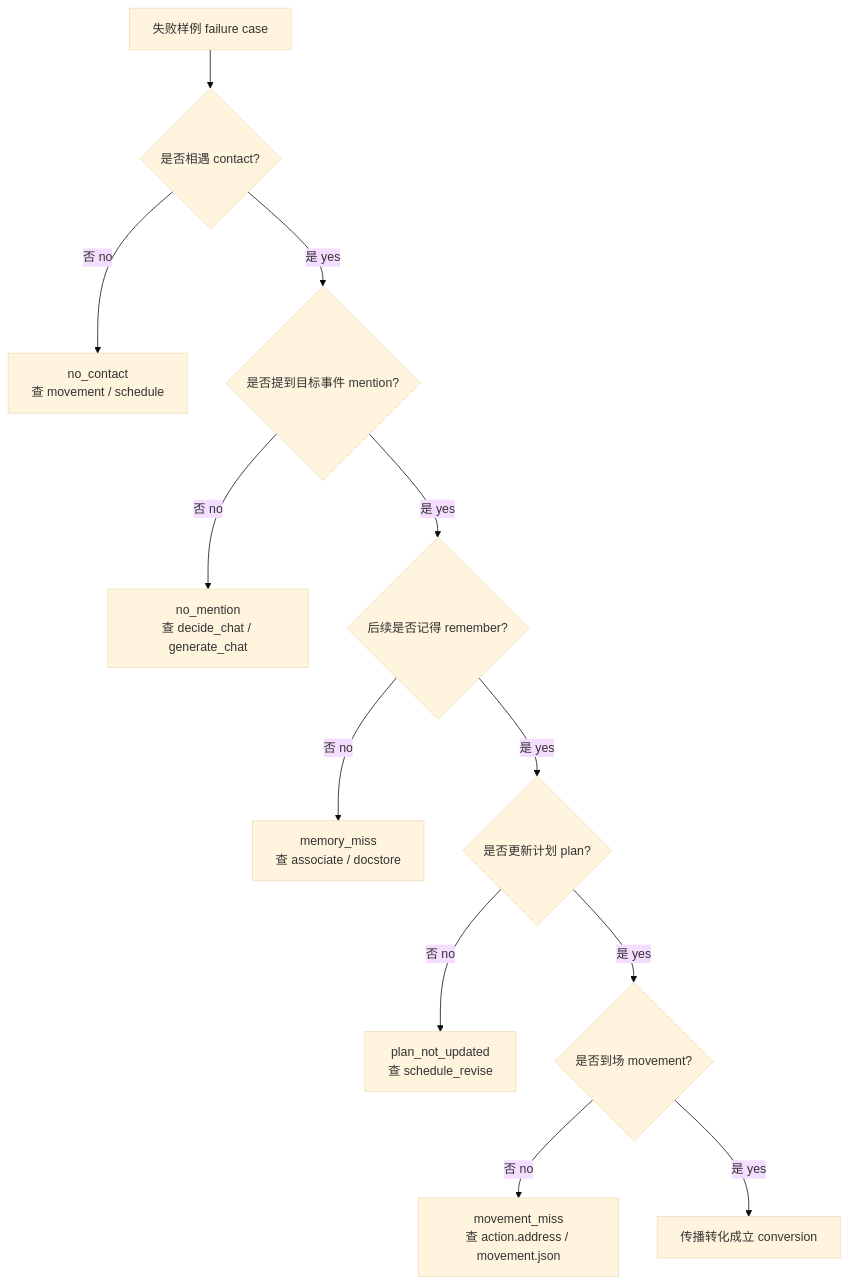
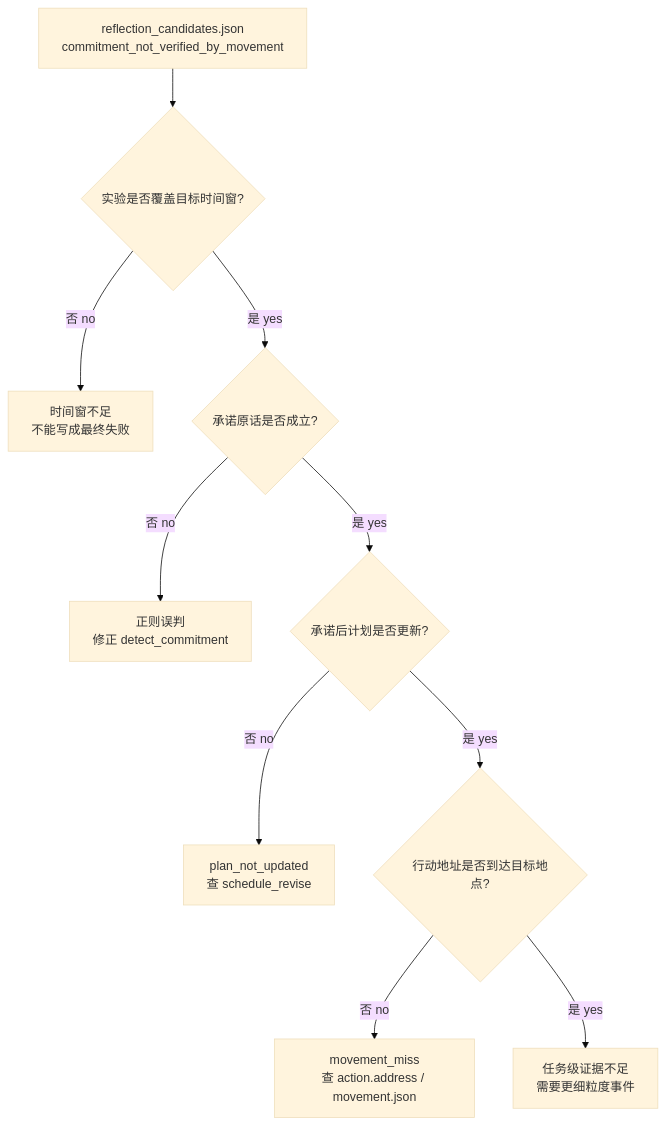
One commit to tbkken/GenerativeAgentsCN changed the fifth of 5 diagrams in docs/book/manuscript/part_05/chapter_37.md. Above: the diagram before and after it, drawn with Mermaid (base theme). The commit also changed other lines of this file and 3 other files, not shown here.

````diff
--- a/docs/book/manuscript/part_05/chapter_37.md
+++ b/docs/book/manuscript/part_05/chapter_37.md
@@ -307,14 +274,12 @@
 ```mermaid
 flowchart TD
-    Failure["失败样例 failure case"] --> Contact{"是否相遇 contact?"}
-    Contact -->|否 no| NoContact["no_contact<br/>查 movement / schedule"]
-    Contact -->|是 yes| Mention{"是否提到目标事件 mention?"}
-    Mention -->|否 no| NoMention["no_mention<br/>查 decide_chat / generate_chat"]
-    Mention -->|是 yes| Remember{"后续是否记得 remember?"}
-    Remember -->|否 no| MemoryMiss["memory_miss<br/>查 associate / docstore"]
-    Remember -->|是 yes| Plan{"是否更新计划 plan?"}
+    Candidate["reflection_candidates.json<br/>commitment_not_verified_by_movement"] --> Time{"实验是否覆盖目标时间窗?"}
+    Time -->|否 no| Window["时间窗不足<br/>不能写成最终失败"]
+    Time -->|是 yes| Conv{"承诺原话是否成立?"}
+    Conv -->|否 no| Regex["正则误判<br/>修正 detect_commitment"]
+    Conv -->|是 yes| Plan{"承诺后计划是否更新?"}
     Plan -->|否 no| PlanMiss["plan_not_updated<br/>查 schedule_revise"]
-    Plan -->|是 yes| Move{"是否到场 movement?"}
-    Move -->|否 no| MovementMiss["movement_miss<br/>查 action.address / movement.json"]
-    Move -->|是 yes| Success["传播转化成立 conversion"]
+    Plan -->|是 yes| Move{"行动地址是否到达目标地点?"}
+    Move -->|否 no| MoveMiss["movement_miss<br/>查 action.address / movement.json"]
+    Move -->|是 yes| Task["任务级证据不足<br/>需要更细粒度事件"]
 ```
````
